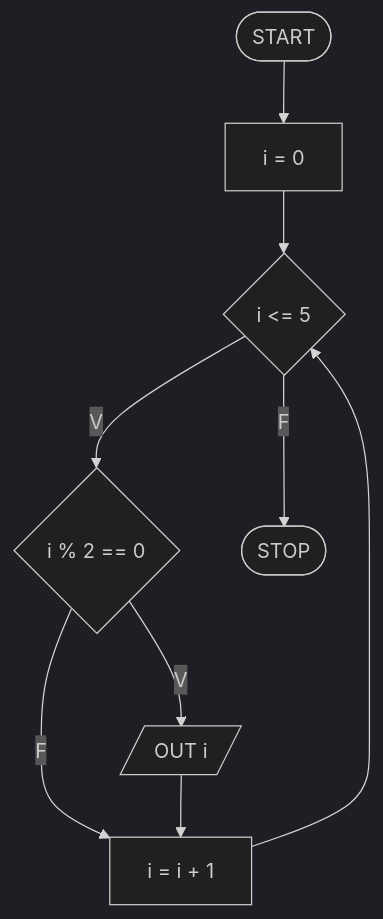
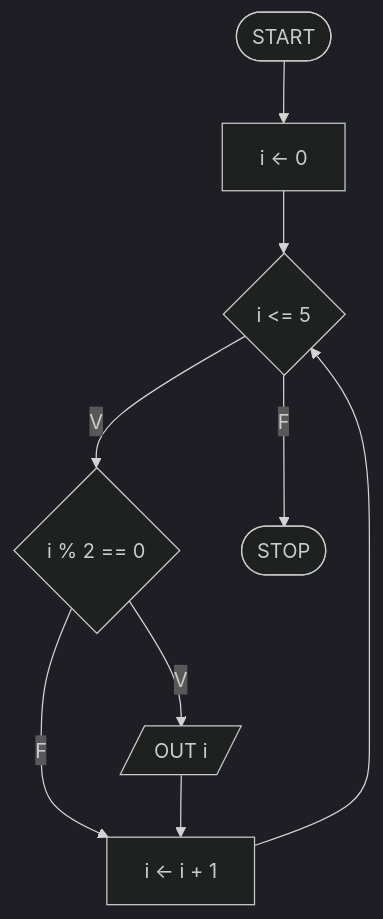
Diagram 17 of 28 in flowcharts_soluzioni.md (pg-laboratorio/flowcharts_laboratorio_esercizi), drawn with Mermaid (dark theme) before and after one commit. The commit also changed other lines of this file, not shown here.

````diff
--- a/flowcharts_soluzioni.md
+++ b/flowcharts_soluzioni.md
@@ -308,12 +359,11 @@
 ```mermaid
 graph TD
-    START([START]) --> INIT[i = 0]
+    START([START]) --> INIT["i ← 0"]
     INIT --> COND{"i <= 5"}
     COND -- V --> CHK{"i % 2 == 0"}
-    CHK -- V --> OUTPUT[/OUT i/]
-    CHK -- F --> INC[i = i + 1]
+    CHK -- V --> OUTPUT[/"OUT i"/]
+    CHK -- F --> INC["i ← i + 1"]
     OUTPUT --> INC
     INC --> COND
     COND -- F --> STOP([STOP])
-
 ```
````
